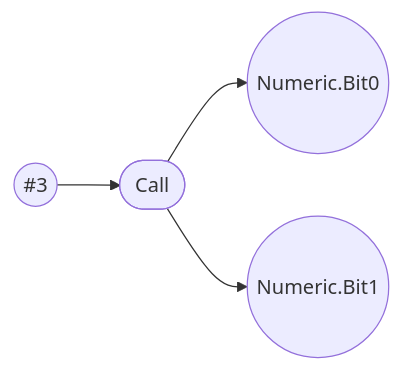
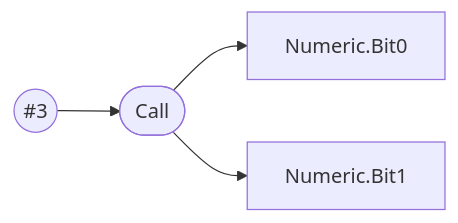
Before and after one commit to DualsoftDev/ds: diagram 11 of 18 in Doc/Language/ds-language-table.md, drawn with Mermaid. The commit also changed other lines of this file, not shown here.

````diff
--- a/Doc/Language/ds-language-table.md
+++ b/Doc/Language/ds-language-table.md
@@ -359,4 +359,4 @@
 ```mermaid
     graph LR;
-    Hash3((#3)) --> call([Call]) --> Bit0((Numeric.Bit0)) & Bit1((Numeric.Bit1))
+    Hash3((#3)) --> call([Call]) --> Bit0[Numeric.Bit0] & Bit1[Numeric.Bit1]
 ```
````
